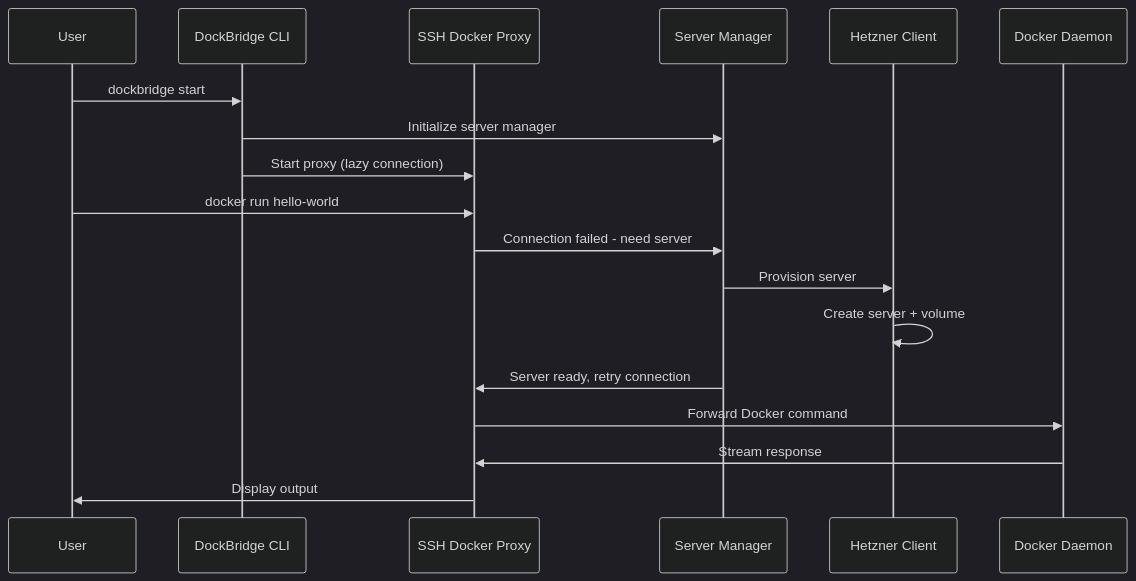
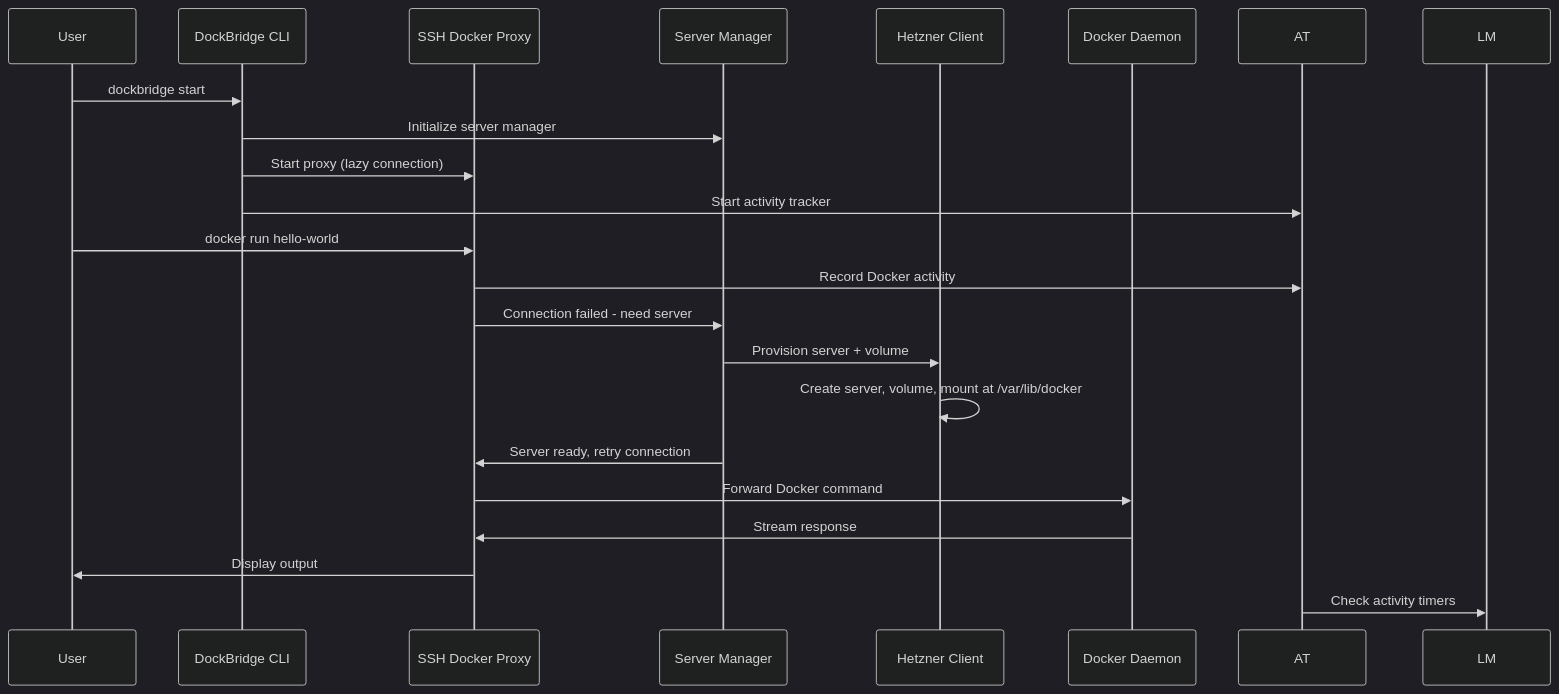
The second of 2 diagrams in .kiro/specs/dockbridge/design.md (Max-Levitskiy/DockBridge), drawn with Mermaid (dark theme) before and after one commit. The commit also changed other lines of this file and 4 other files, not shown here.

````diff
--- a/.kiro/specs/dockbridge/design.md
+++ b/.kiro/specs/dockbridge/design.md
@@ -41,22 +44,25 @@
 ```mermaid
 sequenceDiagram
     participant U as User
     participant CLI as DockBridge CLI
     participant SDP as SSH Docker Proxy
     participant SM as Server Manager
     participant HC as Hetzner Client
     participant DD as Docker Daemon
     
     U->>CLI: dockbridge start
     CLI->>SM: Initialize server manager
     CLI->>SDP: Start proxy (lazy connection)
+    CLI->>AT: Start activity tracker
     
     U->>SDP: docker run hello-world
+    SDP->>AT: Record Docker activity
     SDP->>SM: Connection failed - need server
-    SM->>HC: Provision server
-    HC->>HC: Create server + volume
+    SM->>HC: Provision server + volume
+    HC->>HC: Create server, volume, mount at /var/lib/docker
     SM->>SDP: Server ready, retry connection
     SDP->>DD: Forward Docker command
     DD->>SDP: Stream response
     SDP->>U: Display output
+    AT->>LM: Check activity timers
 ```
````
